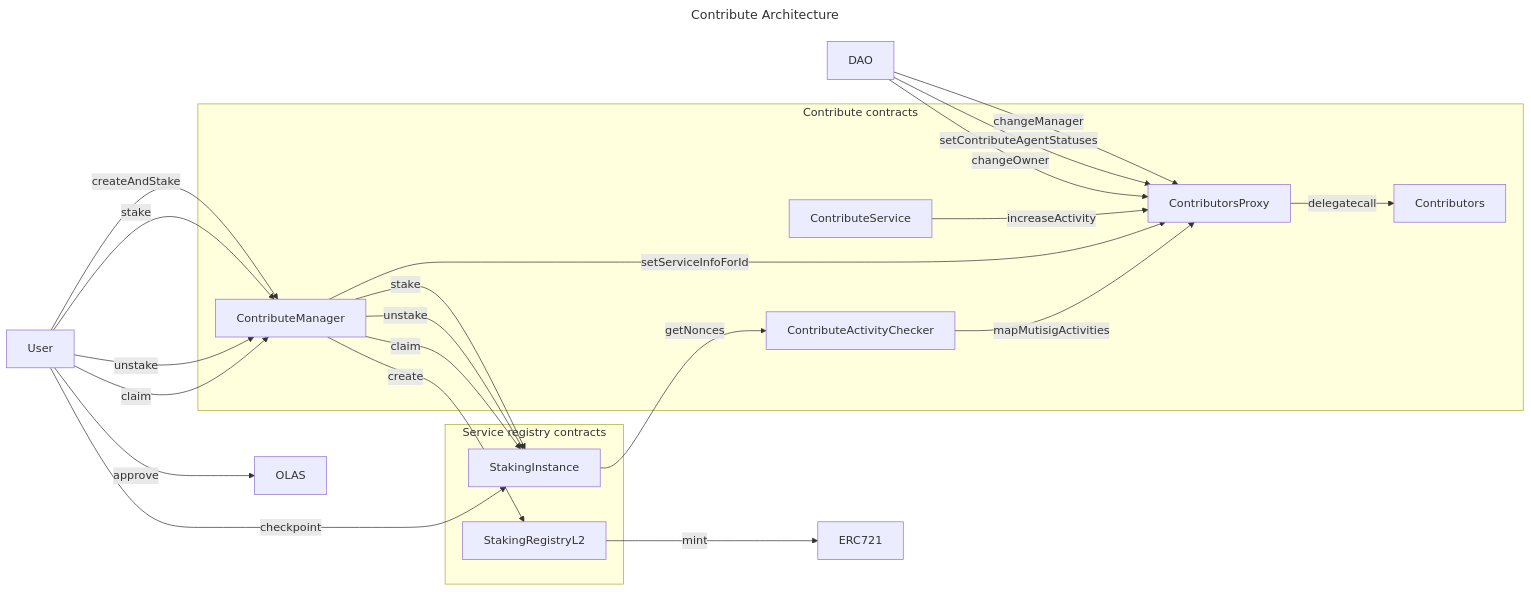
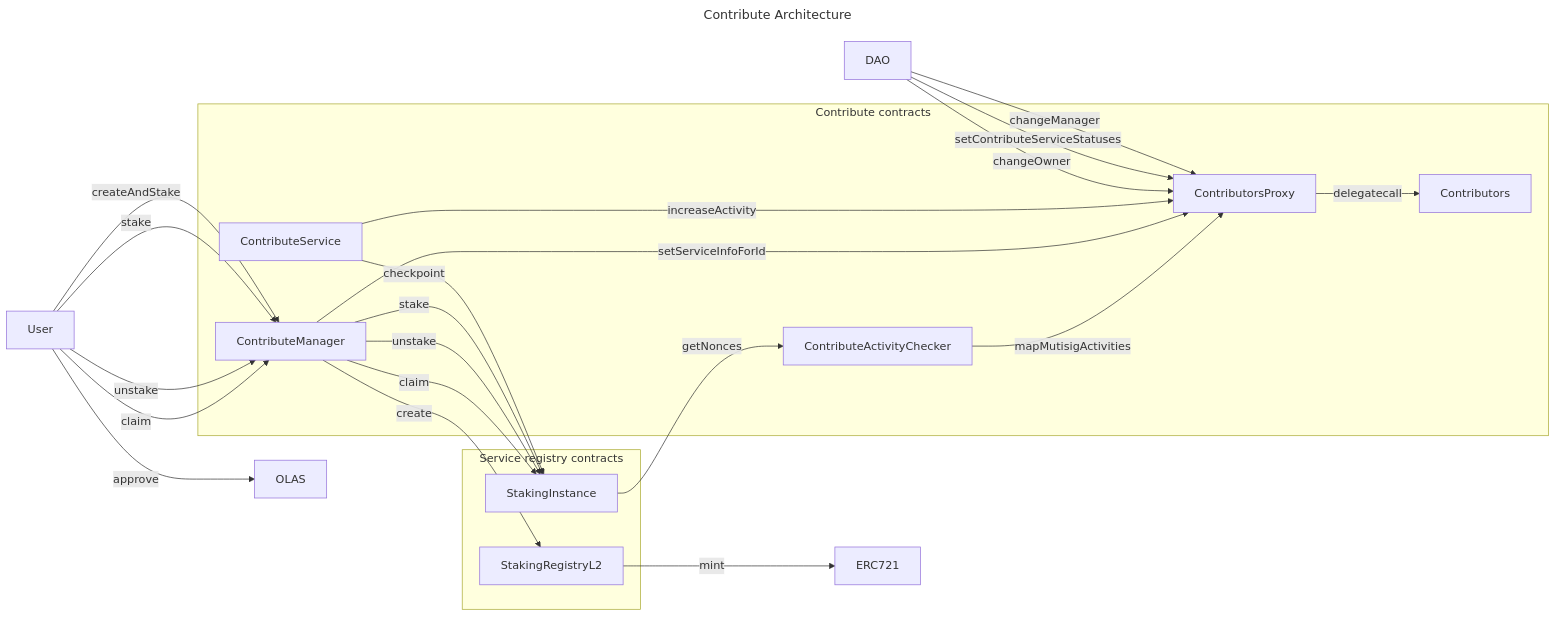
Before and after one commit to valory-xyz/autonolas-staking-programmes: the diagram in README.md, drawn with Mermaid. The commit also changed 3 other files, not shown here.

````diff
--- a/README.md
+++ b/README.md
@@ -75,30 +75,30 @@
 ```mermaid
 ---
 title: Contribute Architecture
 ---
 flowchart LR
     DAO -- changeManager --> ContributorsProxy
-    DAO -- setContributeAgentStatuses --> ContributorsProxy
+    DAO -- setContributeServiceStatuses --> ContributorsProxy
     DAO -- changeOwner --> ContributorsProxy
     User -- createAndStake --> ContributeManager
     User -- stake --> ContributeManager
     User -- unstake --> ContributeManager
     User -- claim --> ContributeManager
-    User -- checkpoint --> StakingInstance -- getNonces --> ContributeActivityChecker
+    ContributeService -- checkpoint --> StakingInstance -- getNonces --> ContributeActivityChecker
     User -- approve --> OLAS
     ContributeManager -- create --> StakingRegistryL2
     StakingRegistryL2 -- mint --> ERC721
     ContributeManager -- stake --> StakingInstance
     ContributeManager -- unstake --> StakingInstance
     ContributeManager -- claim --> StakingInstance
     subgraph Service registry contracts
     StakingInstance
     StakingRegistryL2
     end
     subgraph Contribute contracts
     ContributeService -- increaseActivity --> ContributorsProxy
     ContributorsProxy -- delegatecall --> Contributors
     ContributeManager -- setServiceInfoForId --> ContributorsProxy
     ContributeActivityChecker -- mapMutisigActivities --> ContributorsProxy
     end
 ```
````
